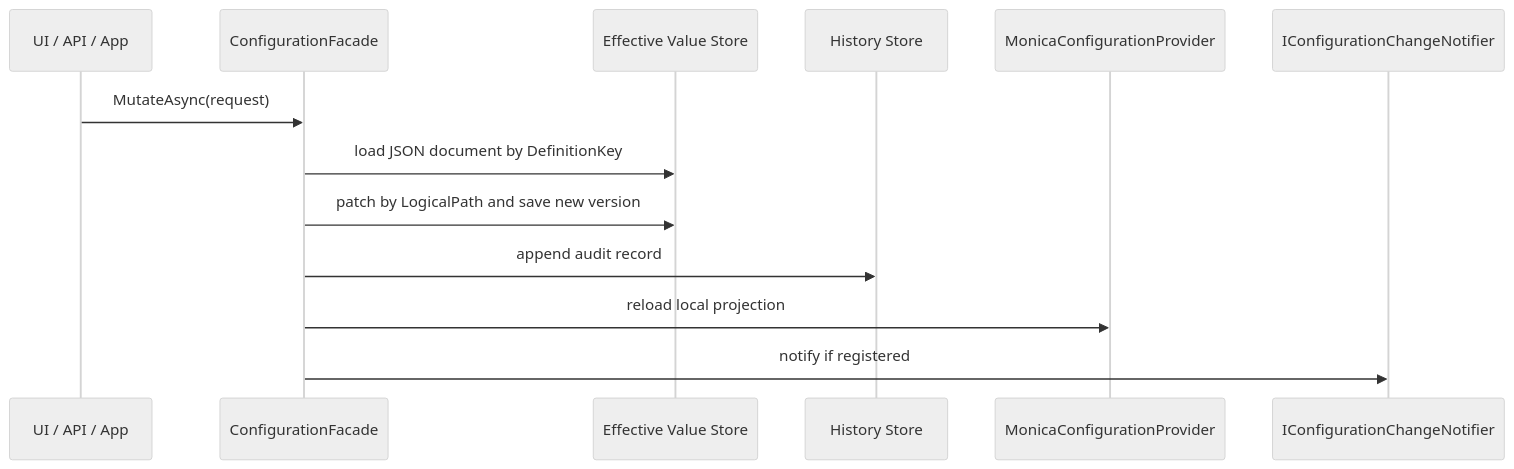
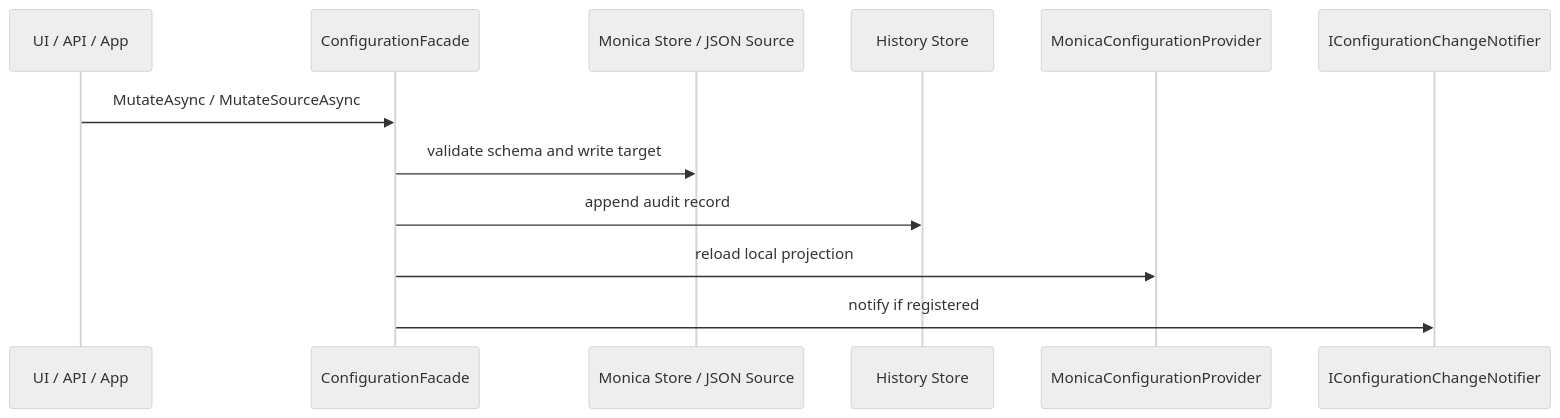
One commit to Tairitsua/Monica.Docs changed the diagram in docs/zh-CN/modules/configuration/guide-and-providers.md. Above: the diagram before and after it, drawn with Mermaid (neutral theme). The commit also changed other lines of this file and 10 other files, not shown here.

````diff
--- a/docs/zh-CN/modules/configuration/guide-and-providers.md
+++ b/docs/zh-CN/modules/configuration/guide-and-providers.md
@@ -87,16 +159,15 @@
 ```mermaid
 sequenceDiagram
     participant Caller as UI / API / App
     participant Facade as ConfigurationFacade
-    participant Store as Effective Value Store
+    participant Target as Monica Store / JSON Source
     participant History as History Store
     participant Provider as MonicaConfigurationProvider
     participant Notifier as IConfigurationChangeNotifier
 
-    Caller->>Facade: MutateAsync(request)
-    Facade->>Store: load JSON document by DefinitionKey
-    Facade->>Store: patch by LogicalPath and save new version
+    Caller->>Facade: MutateAsync / MutateSourceAsync
+    Facade->>Target: validate schema and write target
     Facade->>History: append audit record
     Facade->>Provider: reload local projection
     Facade->>Notifier: notify if registered
 ```
````
